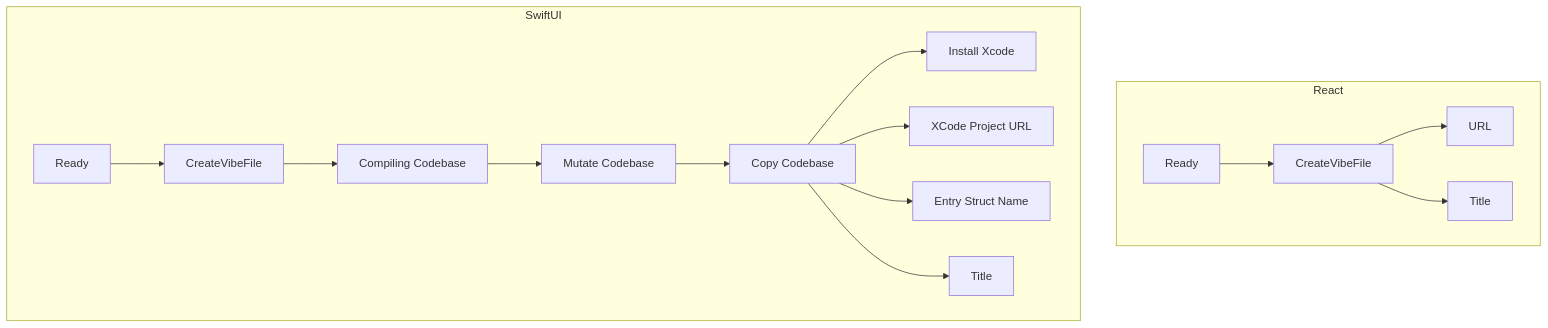
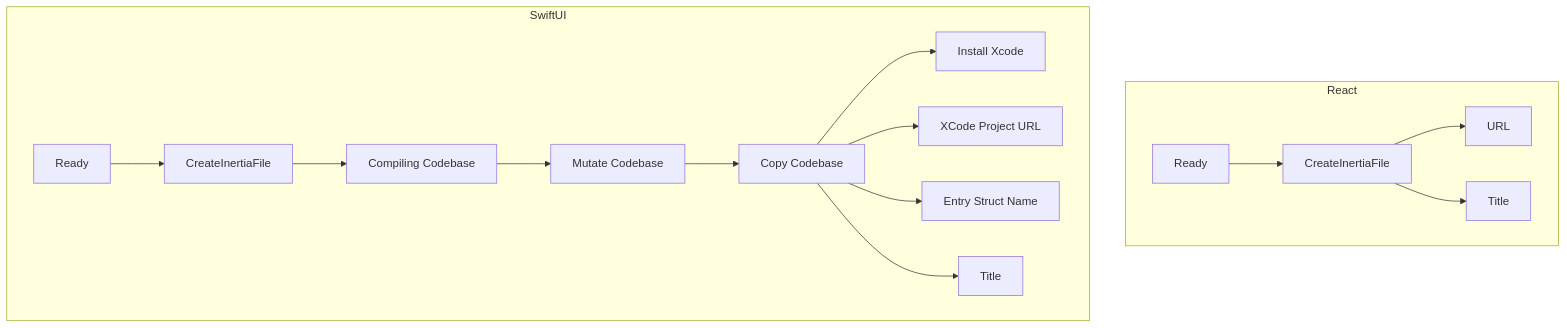
The diagram in Docs/mermaid/setup_flow/setup_dependencies.mermaid (hpennington/inertia-app), drawn with Mermaid before and after one commit. The commit also changed 141 other files, not shown here.

```diff
--- a/Docs/mermaid/setup_flow/setup_dependencies.mermaid
+++ b/Docs/mermaid/setup_flow/setup_dependencies.mermaid
@@ -1,24 +1,24 @@
 graph TD;
     subgraph React
         LaunchProjectReadyReact[Ready]
-        LaunchProjectReadyReact[Ready] --> CreateVibeFileReact[CreateVibeFile]
-        CreateVibeFileReact --> ReactURL[URL]
-        CreateVibeFileReact --> ReactTitle[Title]
+        LaunchProjectReadyReact[Ready] --> CreateInertiaFileReact[CreateInertiaFile]
+        CreateInertiaFileReact --> ReactURL[URL]
+        CreateInertiaFileReact --> ReactTitle[Title]
     end
 
     subgraph SwiftUI
         LaunchProjectReady[Ready]
         InstallXcode[Install Xcode]
         XCodeProjectURL[XCode Project URL]
         EntryStructName[Entry Struct Name]
         SwiftUITitle[Title]
-        LaunchProjectReady --> CreateVibeFile[CreateVibeFile]
-        CreateVibeFile[CreateVibeFile] --> CompilingSwiftCodebase[Compiling Codebase]
+        LaunchProjectReady --> CreateInertiaFile[CreateInertiaFile]
+        CreateInertiaFile[CreateInertiaFile] --> CompilingSwiftCodebase[Compiling Codebase]
         
         CompilingSwiftCodebase --> MutateSwiftCodebase[Mutate Codebase]
         MutateSwiftCodebase --> CopySwiftCodebase[Copy Codebase]
         CopySwiftCodebase --> InstallXcode
         CopySwiftCodebase --> XCodeProjectURL
         CopySwiftCodebase --> EntryStructName
         CopySwiftCodebase --> SwiftUITitle
     end
```
